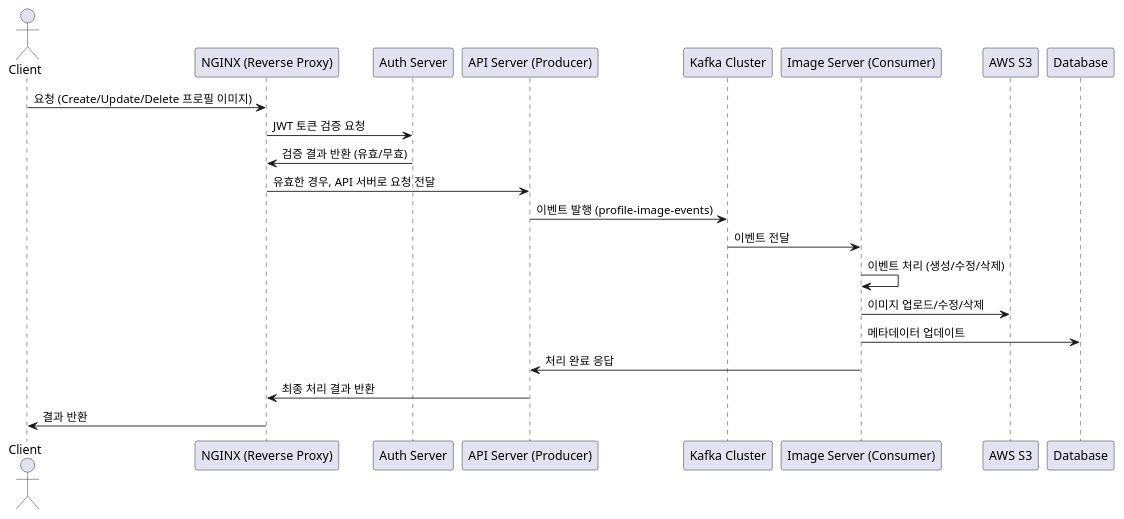
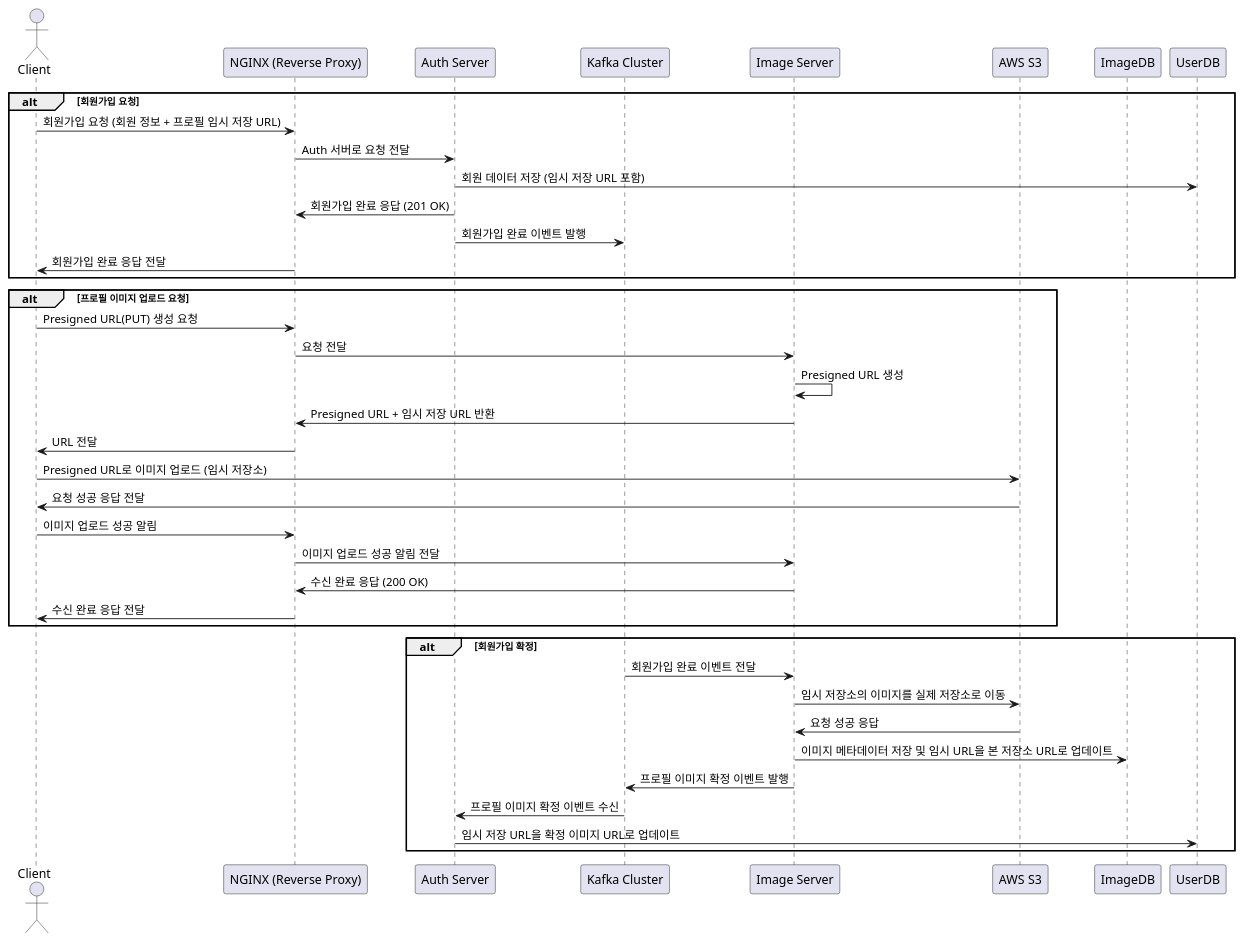
The diagram in utils/diagrams/image_server.puml (2024KBC10/HarpSharp_SERVER), drawn with PlantUML before and after one commit. The commit also changed 124 other files, not shown here.

```diff
--- a/utils/diagrams/image_server.puml
+++ b/utils/diagrams/image_server.puml
@@ -1,27 +1,45 @@
 @startuml
 
 actor Client
 participant "NGINX (Reverse Proxy)" as NGINX
 participant "Auth Server" as Auth
-participant "API Server (Producer)" as API
 participant "Kafka Cluster" as Kafka
-participant "Image Server (Consumer)" as ImageServer
+participant "Image Server" as ImageServer
 participant "AWS S3" as S3
-participant "Database" as DB
+participant "ImageDB" as ImageDB
+participant "UserDB" as UserDB
 
-Client -> NGINX: 요청 (Create/Update/Delete 프로필 이미지)
-NGINX -> Auth: JWT 토큰 검증 요청
-Auth -> NGINX: 검증 결과 반환 (유효/무효)
-NGINX -> API: 유효한 경우, API 서버로 요청 전달
-API -> Kafka: 이벤트 발행 (profile-image-events)
-Kafka -> ImageServer: 이벤트 전달
+alt 회원가입 요청
+    Client -> NGINX: 회원가입 요청 (회원 정보 + 프로필 임시 저장 URL)
+    NGINX -> Auth: Auth 서버로 요청 전달
+    Auth -> UserDB: 회원 데이터 저장 (임시 저장 URL 포함)
+    Auth -> NGINX: 회원가입 완료 응답 (201 OK)
+    Auth -> Kafka: 회원가입 완료 이벤트 발행
+    NGINX -> Client: 회원가입 완료 응답 전달
+end
 
-ImageServer -> ImageServer: 이벤트 처리 (생성/수정/삭제)
-ImageServer -> S3: 이미지 업로드/수정/삭제
-ImageServer -> DB: 메타데이터 업데이트
+alt 프로필 이미지 업로드 요청
+    Client -> NGINX: Presigned URL(PUT) 생성 요청
+    NGINX -> ImageServer: 요청 전달
+    ImageServer -> ImageServer: Presigned URL 생성
+    ImageServer -> NGINX: Presigned URL + 임시 저장 URL 반환
+    NGINX -> Client: URL 전달
 
-ImageServer -> API: 처리 완료 응답
-API -> NGINX: 최종 처리 결과 반환
-NGINX -> Client: 결과 반환
+    Client -> S3: Presigned URL로 이미지 업로드 (임시 저장소)
+    S3 -> Client: 요청 성공 응답 전달
+    Client -> NGINX: 이미지 업로드 성공 알림
+    NGINX -> ImageServer: 이미지 업로드 성공 알림 전달
+    ImageServer -> NGINX: 수신 완료 응답 (200 OK)
+    NGINX -> Client: 수신 완료 응답 전달
+end
 
+alt 회원가입 확정
+    Kafka -> ImageServer: 회원가입 완료 이벤트 전달
+    ImageServer -> S3: 임시 저장소의 이미지를 실제 저장소로 이동
+    S3 -> ImageServer: 요청 성공 응답
+    ImageServer -> ImageDB: 이미지 메타데이터 저장 및 임시 URL을 본 저장소 URL로 업데이트
+    ImageServer -> Kafka: 프로필 이미지 확정 이벤트 발행
+    Kafka -> Auth: 프로필 이미지 확정 이벤트 수신
+    Auth -> UserDB: 임시 저장 URL을 확정 이미지 URL로 업데이트
+end
 @enduml
```
